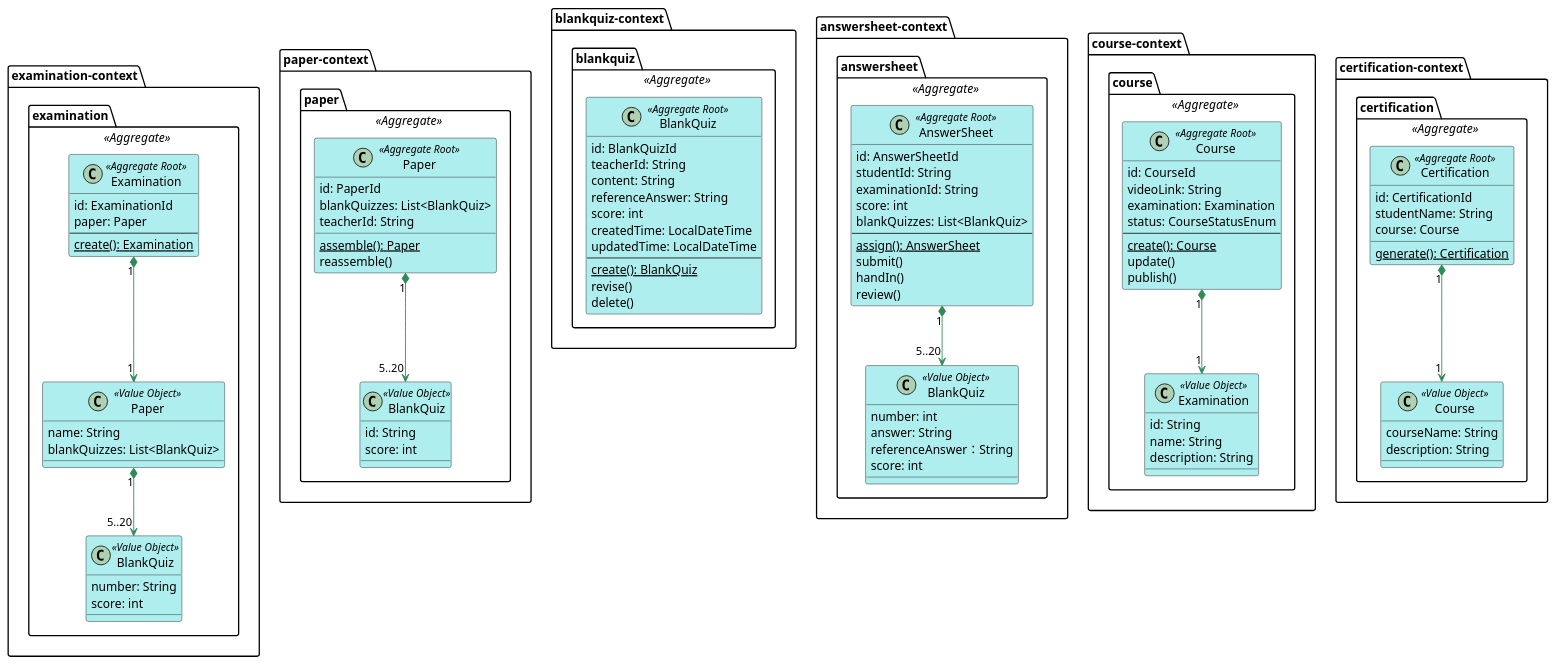
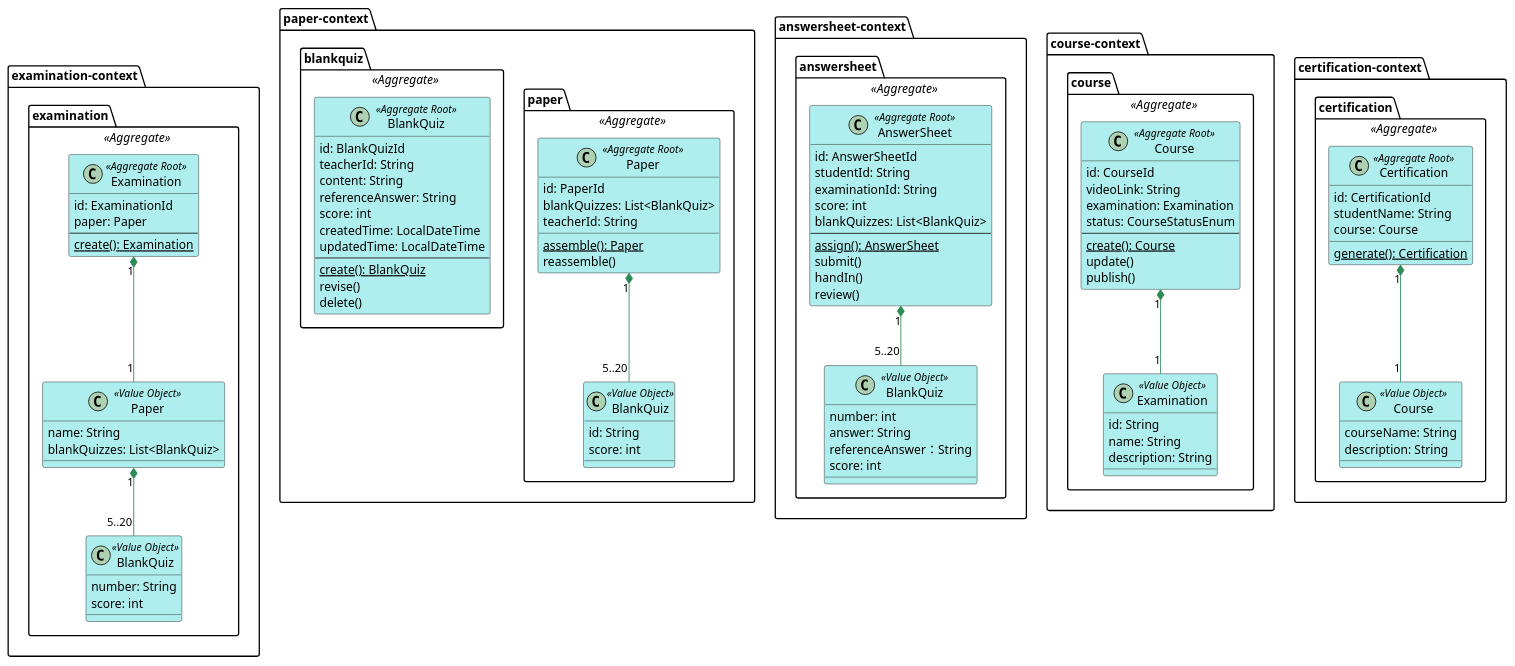
The diagram in design/exam-model.puml (DDD-Bootcamp/exam-plantform-hexagonal), drawn with PlantUML before and after one commit.

Commit message:
uml [qian] move blankQuiz to paper context

```diff
--- a/design/exam-model.puml
+++ b/design/exam-model.puml
@@ -1,130 +1,128 @@
 @startuml
 skinparam Shadowing false
 skinparam class {
     BackgroundColor PaleTurquoise 
     ArrowColor SeaGreen
 }
 
 package examination-context {
     package examination <<Aggregate>> {
         class Examination <<Aggregate Root>> {
             id: ExaminationId
             paper: Paper
             --
             {static} create(): Examination
         }
         class "Paper" as ep <<Value Object>> {
             name: String
             blankQuizzes: List<BlankQuiz>
         }
         class "BlankQuiz" as ebq <<Value Object>> {
             number: String
             score: int
         }
-        Examination "1" *--> "1" ep
-        ep "1" *--> "5..20" ebq
+        Examination "1" *-- "1" ep
+        ep "1" *-- "5..20" ebq
     }
 }
 
 package paper-context {
     package paper <<Aggregate>> {
         class Paper <<Aggregate Root>> {
             id: PaperId
             blankQuizzes: List<BlankQuiz>
             teacherId: String
             {static} assemble(): Paper
             reassemble()
         }
 
         class "BlankQuiz" as pbq <<Value Object>> {
                     id: String
                     score: int
                 }
-        Paper "1" *--> "5..20" pbq
+        Paper "1" *-- "5..20" pbq
     }
-}
 
-package blankquiz-context {
     package blankquiz <<Aggregate>> {
-        class BlankQuiz <<Aggregate Root>> {
-            id: BlankQuizId
-            teacherId: String
-            content: String
-            referenceAnswer: String
-            score: int
-            createdTime: LocalDateTime
-            updatedTime: LocalDateTime
-            --
-            {static} create(): BlankQuiz
-            revise()
-            delete()
+            class BlankQuiz <<Aggregate Root>> {
+                id: BlankQuizId
+                teacherId: String
+                content: String
+                referenceAnswer: String
+                score: int
+                createdTime: LocalDateTime
+                updatedTime: LocalDateTime
+                --
+                {static} create(): BlankQuiz
+                revise()
+                delete()
+            }
         }
-    }
 }
 
 package answersheet-context {
     package answersheet <<Aggregate>> {
         class AnswerSheet <<Aggregate Root>> {
             id: AnswerSheetId
             studentId: String
             examinationId: String
             score: int
             blankQuizzes: List<BlankQuiz>
             --
             {static} assign(): AnswerSheet
             submit()
             handIn()
             review()
         }
 
         class "BlankQuiz" as ebb <<Value Object>> {
         number: int
         answer: String
         referenceAnswer：String
         score: int
         }
 
 
-        AnswerSheet "1" *--> "5..20" ebb
+        AnswerSheet "1" *-- "5..20" ebb
     }
 }
 
 package course-context {
     package course <<Aggregate>> {
         class Course <<Aggregate Root>> {
             id: CourseId
             videoLink: String
             examination: Examination
             status: CourseStatusEnum
             --
             {static} create(): Course
             update()
             publish()
         }
 
         class "Examination" as ce <<Value Object>> {
             id: String
             name: String
             description: String
         }
-        Course "1" *--> "1" ce
+        Course "1" *-- "1" ce
     }
 }
 
 package certification-context {
     package certification <<Aggregate>> {
         class Certification <<Aggregate Root>> {
             id: CertificationId
             studentName: String
             course: Course
             {static} generate(): Certification
         }
         class "Course" as cc <<Value Object>> {
             courseName: String
             description: String
         }
-        Certification "1" *--> "1" cc
+        Certification "1" *-- "1" cc
     }
 }
 
 @enduml
```
